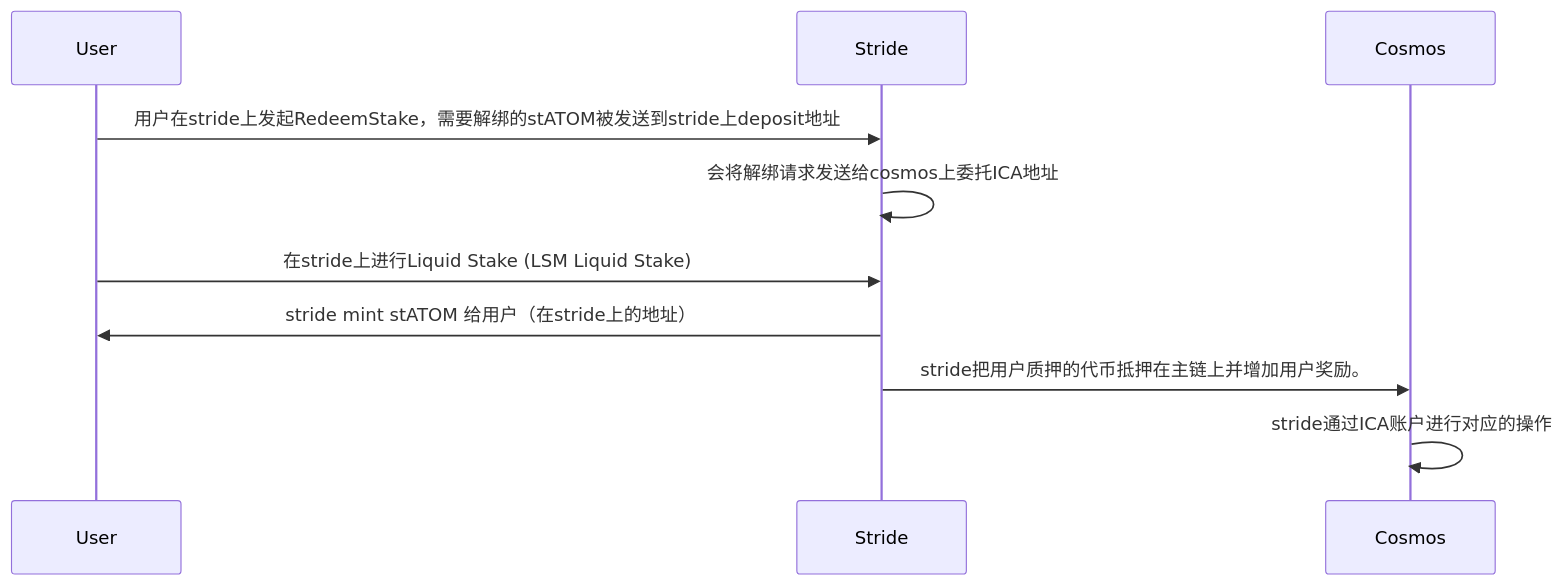
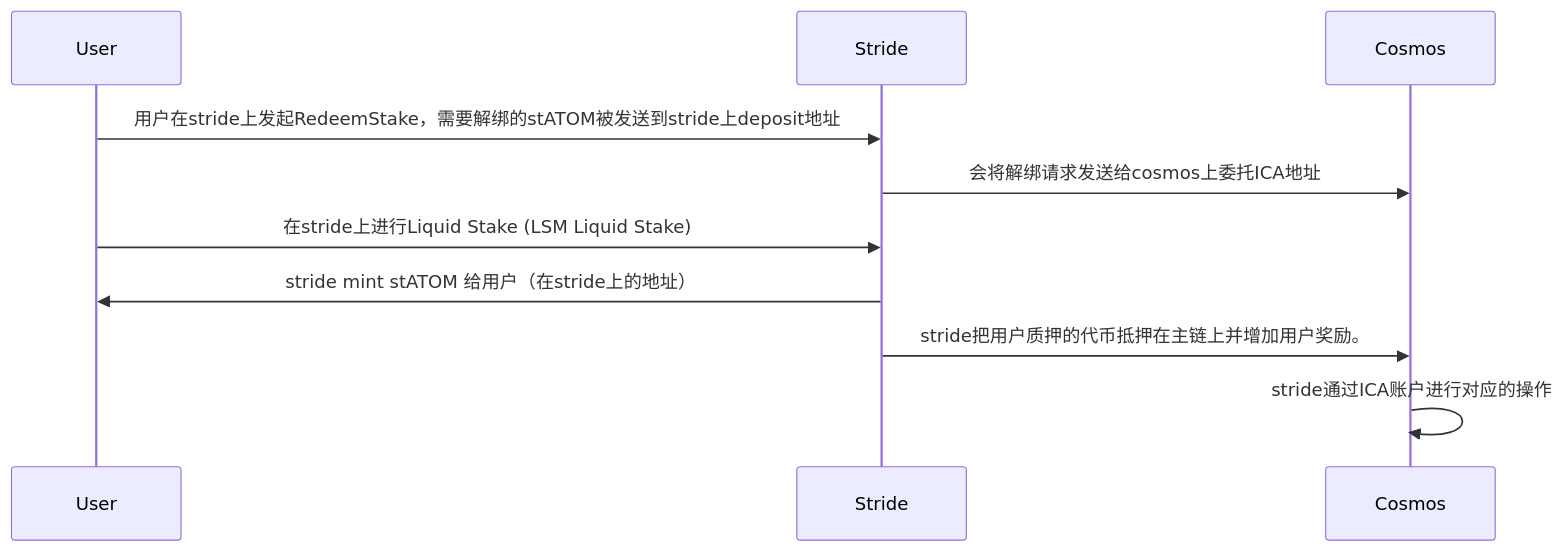
The diagram in all/unbonding.md (yingjianzh/iodraw-files), drawn with Mermaid before and after one commit.

Commit message:
2024-03-28 15:03:07 update

````diff
--- a/all/unbonding.md
+++ b/all/unbonding.md
@@ -1,9 +1,9 @@
 ```mermaid
 sequenceDiagram
     User->>Stride: 用户在stride上发起RedeemStake，需要解绑的stATOM被发送到stride上deposit地址
-    Stride->>Stride: 会将解绑请求发送给cosmos上委托ICA地址
+    Stride->>Cosmos: 会将解绑请求发送给cosmos上委托ICA地址
     User->>Stride: 在stride上进行Liquid Stake (LSM Liquid Stake)
     Stride->>User: stride mint stATOM 给用户（在stride上的地址）
     Stride->>Cosmos: stride把用户质押的代币抵押在主链上并增加用户奖励。
     Cosmos->>Cosmos: stride通过ICA账户进行对应的操作
 ```
````
